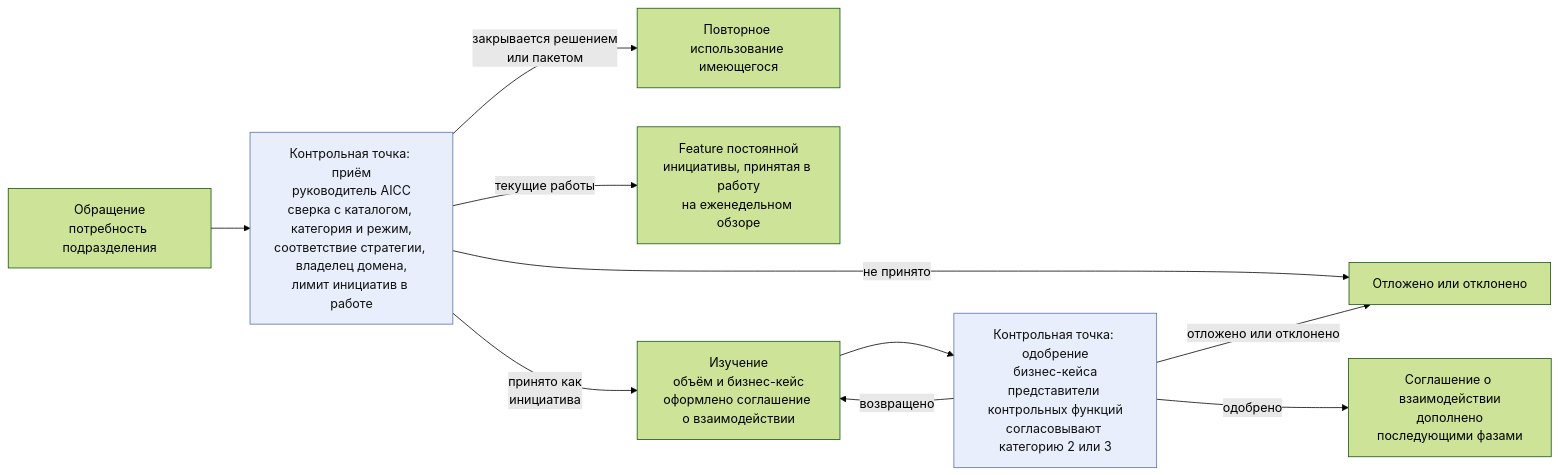
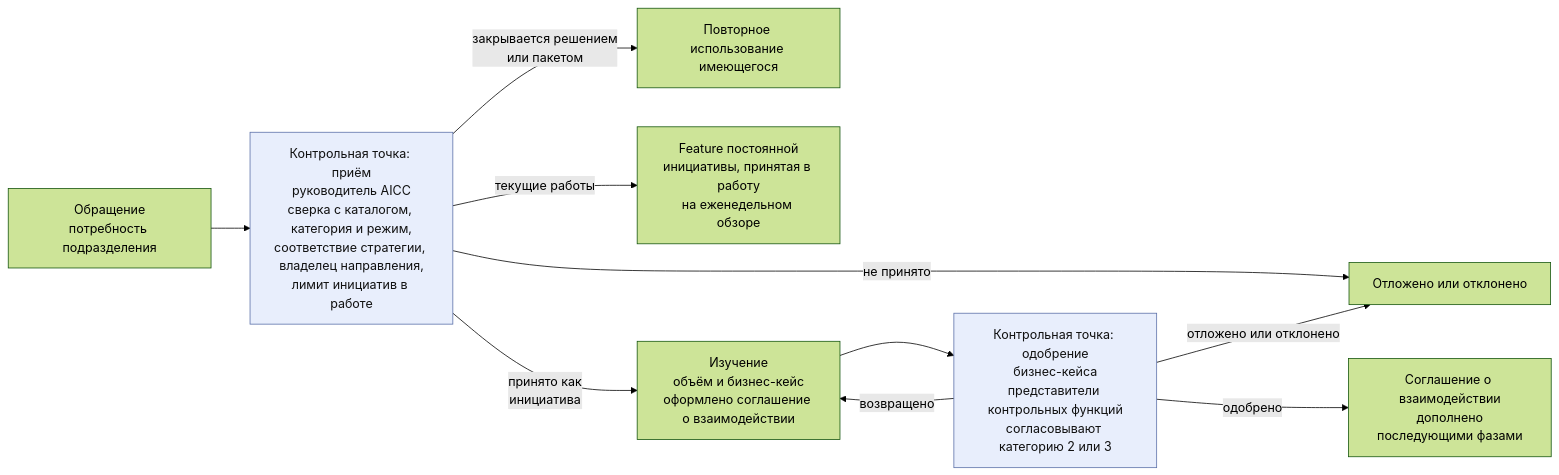
One commit to devhogu/ob-aicc changed the first of 3 diagrams in charter/ru/workflows/engagement.md. Above: the diagram before and after it, drawn with Mermaid (forest theme). The commit also changed other lines of this file and 290 other files, not shown here.

First line of the commit message:
Russian edition: Domain is «направление» (владелец направления, эксперт направления); Strategic Priority 3 is «AI в работе направлений Банка»

````diff
--- a/charter/ru/workflows/engagement.md
+++ b/charter/ru/workflows/engagement.md
@@ -21,14 +21,14 @@
 ```mermaid
 flowchart LR
-  C["Обращение<br/>потребность подразделения"] --> IN["Контрольная точка: приём<br/>руководитель AICC<br/>сверка с каталогом, категория и режим,<br/>соответствие стратегии, владелец домена,<br/>лимит инициатив в работе"]
+  C["Обращение<br/>потребность подразделения"] --> IN["Контрольная точка: приём<br/>руководитель AICC<br/>сверка с каталогом, категория и режим,<br/>соответствие стратегии, владелец направления,<br/>лимит инициатив в работе"]
   IN -->|"закрывается решением<br/>или пакетом"| RU["Повторное использование имеющегося"]
   IN -->|"текущие работы"| RR["Feature постоянной<br/>инициативы, принятая в работу<br/>на еженедельном обзоре"]
   IN -->|"принято как<br/>инициатива"| ST["Изучение<br/>объём и бизнес-кейс<br/>оформлено соглашение о взаимодействии"]
   IN -->|"не принято"| DR["Отложено или отклонено"]
   ST --> AP["Контрольная точка: одобрение<br/>бизнес-кейса<br/>представители контрольных функций<br/>согласовывают категорию 2 или 3"]
   AP -->|"возвращено"| ST
   AP -->|"отложено или отклонено"| DR
   AP -->|"одобрено"| SA["Соглашение о взаимодействии<br/>дополнено<br/>последующими фазами"]
   classDef gate fill:#e8eefc,stroke:#5a6fa8,color:#111
   class IN,AP gate
 ```
````
